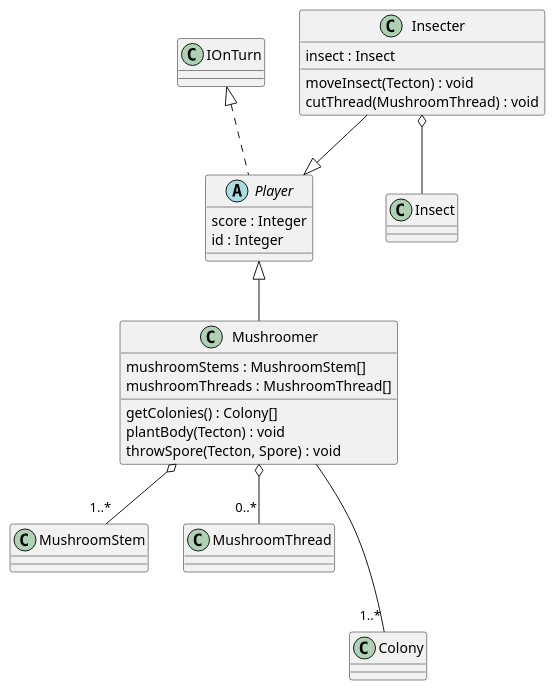
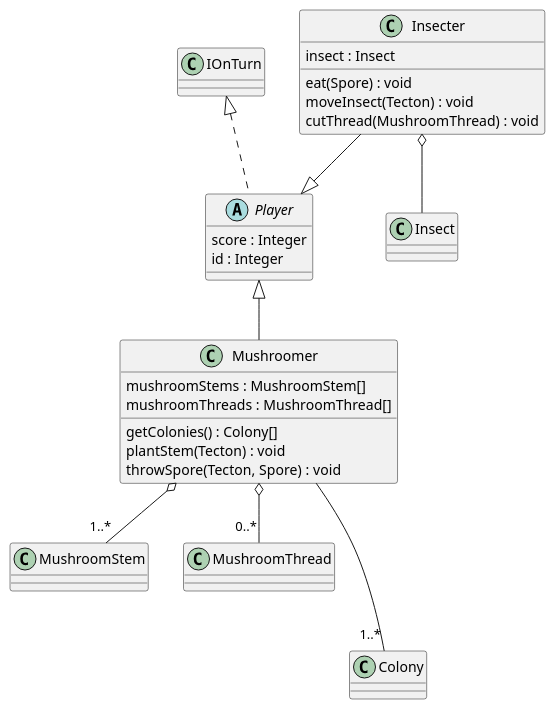
One commit to Petya-G/fungorium changed the diagram in 3/classes/player.puml. Above: the diagram before and after it, drawn with PlantUML. The commit also changed 8 other files, not shown here.

```diff
--- a/3/classes/player.puml
+++ b/3/classes/player.puml
@@ -1,27 +1,28 @@
 @startuml player
 IOnTurn <|.. Player
 abstract class Player{
     score : Integer
     id : Integer
 }
 
 Player <|-- Mushroomer
 Mushroomer o-- "1..*" MushroomStem
 Mushroomer o-- "0..*" MushroomThread
 Mushroomer --- "1..*" Colony
 class Mushroomer{
     mushroomStems : MushroomStem[]
     mushroomThreads : MushroomThread[]
     getColonies() : Colony[]
-    plantBody(Tecton) : void
+    plantStem(Tecton) : void
     throwSpore(Tecton, Spore) : void
 }
 
 Insecter --|> Player
 Insecter o-- Insect
 class Insecter{
     insect : Insect
+    eat(Spore) : void
     moveInsect(Tecton) : void
     cutThread(MushroomThread) : void
 }
 @enduml
```
